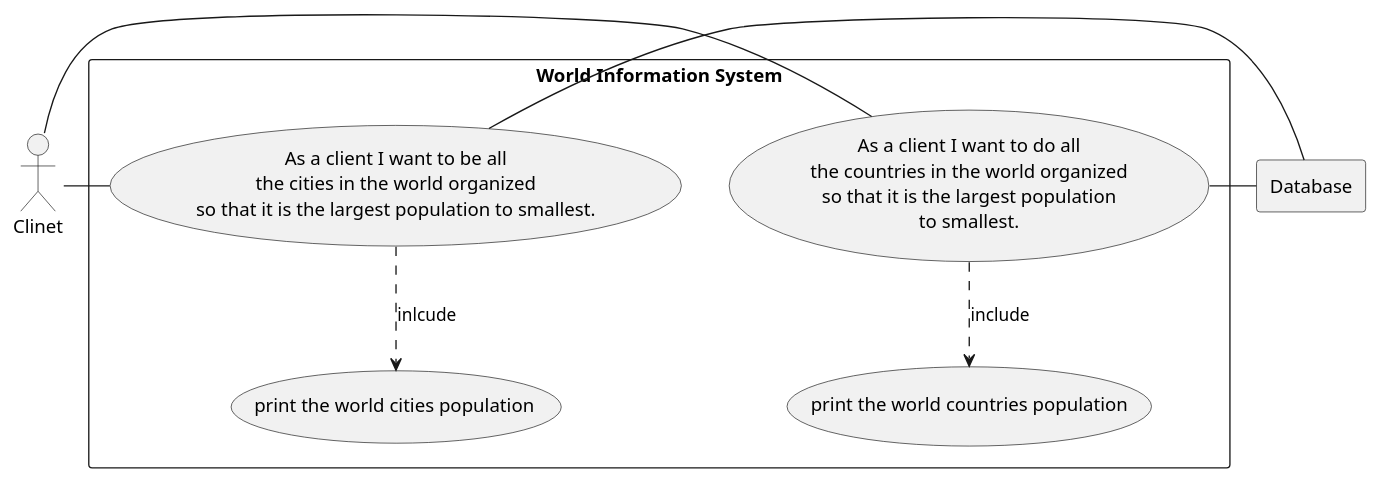
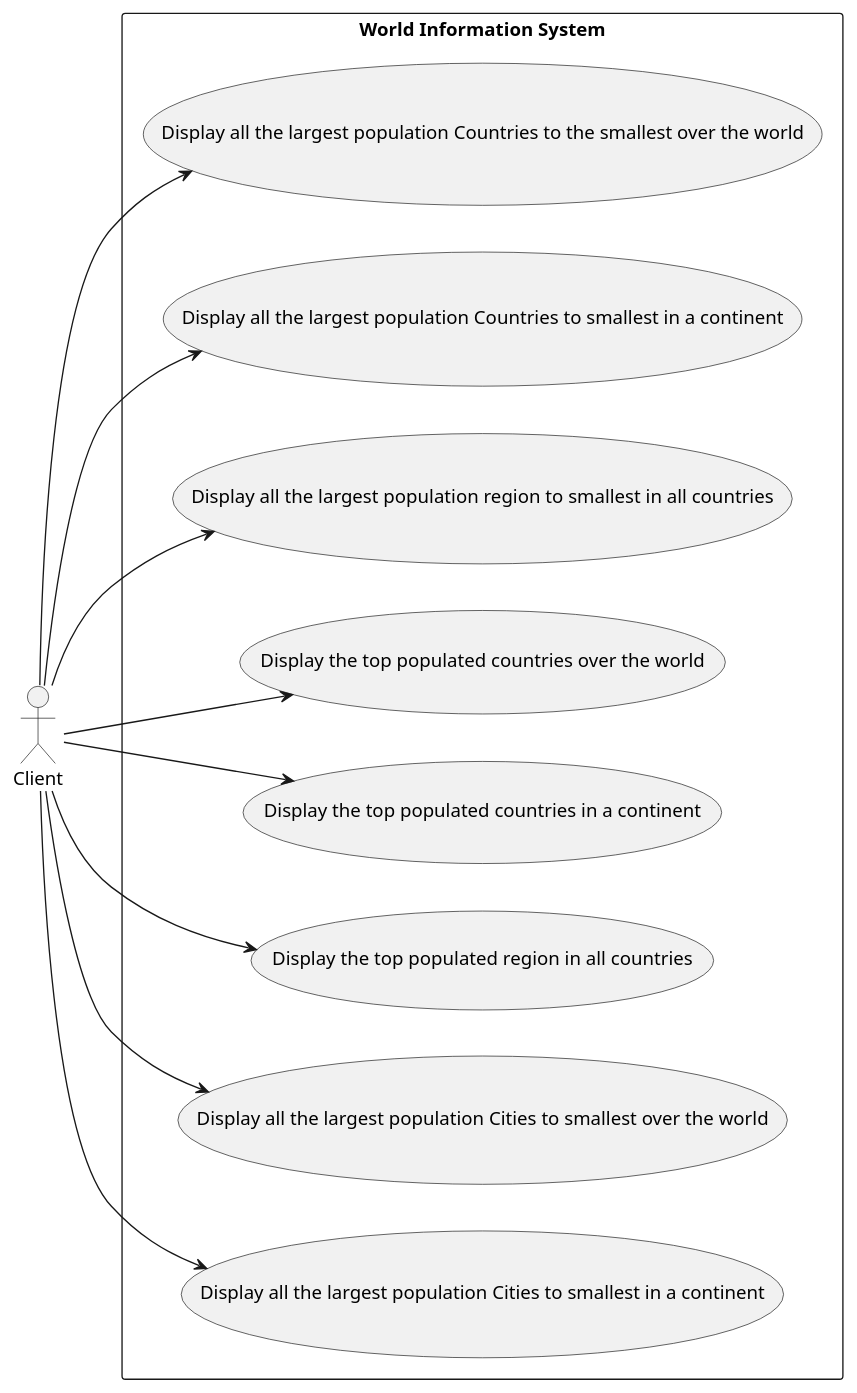
One commit to 40478641/Group4 changed the diagram in use-case/Cw2_use_case.puml. Above: the diagram before and after it, drawn with PlantUML.

Commit message:
Use Case diagram fianl update!

```diff
--- a/use-case/Cw2_use_case.puml
+++ b/use-case/Cw2_use_case.puml
@@ -1,31 +1,20 @@
 @startuml
 
-actor C1 as "Clinet"
+actor C1 as "Client"
 
-rectangle Database
+left to right direction
+skinparam packageStyle rectangle
 
 rectangle "World Information System" {
-    usecase UC4 as "As a client I want to do all
-    the countries in the world organized
-    so that it is the largest population
-    to smallest."
 
-    usecase UCa as "print the world countries population"
-    usecase UCb as "print the world cities population"
-
-
-    C1 - UC4
-    UC4 ..> UCa : include
-    UC4 - Database
-
-    usecase UAE as "As a client I want to be all
-                    the cities in the world organized
-                    so that it is the largest population to smallest."
-    C1 - UAE
-    UAE ..>UCb: inlcude
-    UAE - Database
-
-
+    C1 --> (Display all the largest population Countries to the smallest over the world)
+    C1 --> (Display all the largest population Countries to smallest in a continent)
+    C1 --> (Display all the largest population region to smallest in all countries)
+    C1 --> (Display the top populated countries over the world)
+    C1 --> (Display the top populated countries in a continent)
+    C1 --> (Display the top populated region in all countries)
+    C1 --> (Display all the largest population Cities to smallest over the world)
+    C1 --> (Display all the largest population Cities to smallest in a continent)
 }
 
 @enduml
```
